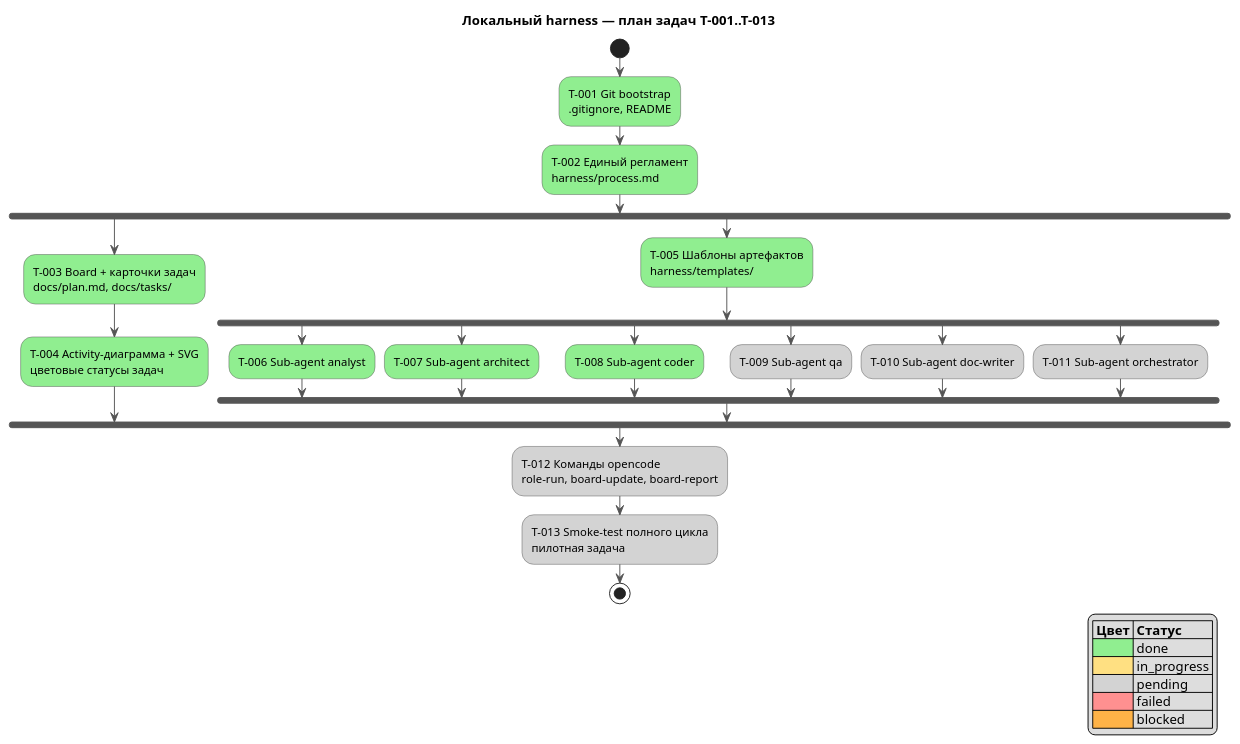
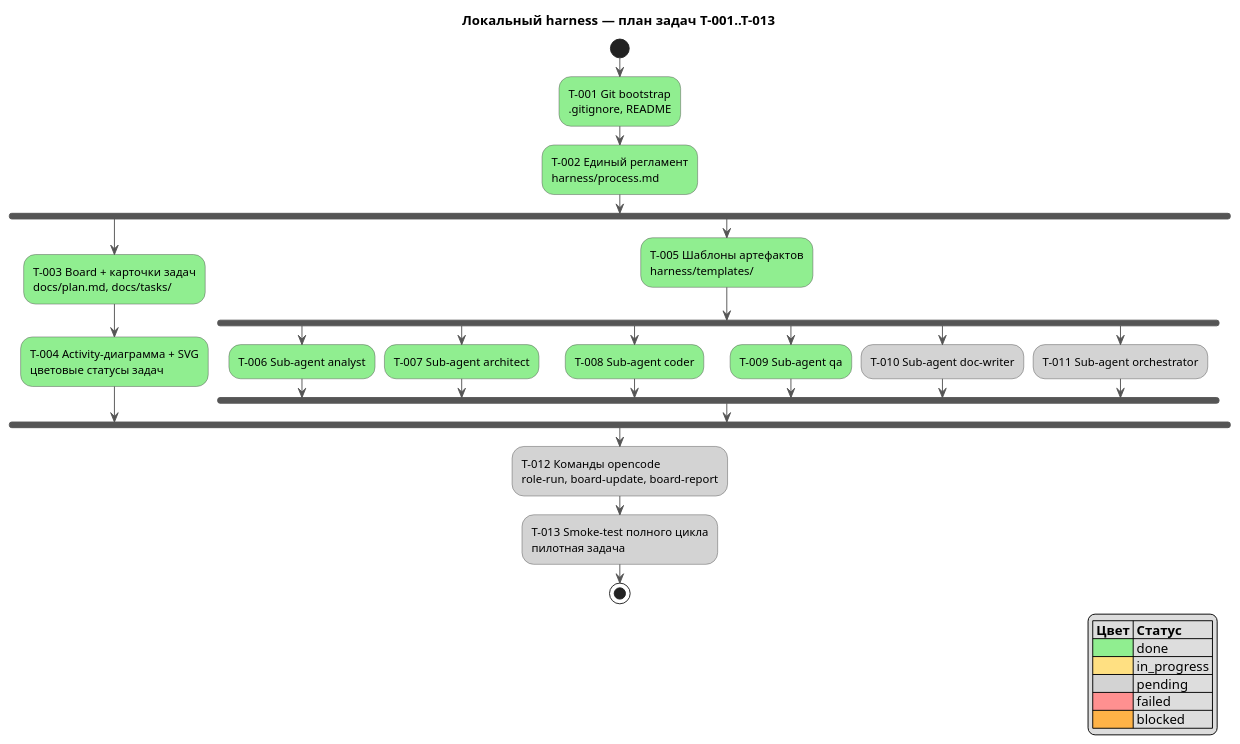
The diagram in docs/activity.puml (serge-sasov/harness), drawn with PlantUML before and after one commit. The commit also changed 5 other files, not shown here.

Commit message:
T-009: sub-agent qa (tiel-coder vision)

```diff
--- a/docs/activity.puml
+++ b/docs/activity.puml
@@ -1,42 +1,42 @@
 @startuml
 skinparam defaultFontName Segoe UI
 skinparam ActivityBackgroundColor #FFFFFF
 skinparam ActivityBorderColor #555555
 skinparam ArrowColor #555555
 title Локальный harness — план задач T-001..T-013
 
 start
 #90EE90:T-001 Git bootstrap\n.gitignore, README;
 #90EE90:T-002 Единый регламент\nharness/process.md;
 fork
   #90EE90:T-003 Board + карточки задач\ndocs/plan.md, docs/tasks/;
   #90EE90:T-004 Activity-диаграмма + SVG\nцветовые статусы задач;
 fork again
   #90EE90:T-005 Шаблоны артефактов\nharness/templates/;
   fork
     #90EE90:T-006 Sub-agent analyst;
   fork again
     #90EE90:T-007 Sub-agent architect;
   fork again
     #90EE90:T-008 Sub-agent coder;
   fork again
-    #D3D3D3:T-009 Sub-agent qa;
+    #90EE90:T-009 Sub-agent qa;
   fork again
     #D3D3D3:T-010 Sub-agent doc-writer;
   fork again
     #D3D3D3:T-011 Sub-agent orchestrator;
   end fork
 end fork
 #D3D3D3:T-012 Команды opencode\nrole-run, board-update, board-report;
 #D3D3D3:T-013 Smoke-test полного цикла\nпилотная задача;
 stop
 
 legend right
 |= Цвет |= Статус |
 |<#90EE90>| done |
 |<#FFE082>| in_progress |
 |<#D3D3D3>| pending |
 |<#FF9090>| failed |
 |<#FFB347>| blocked |
 endlegend
 @enduml
```
